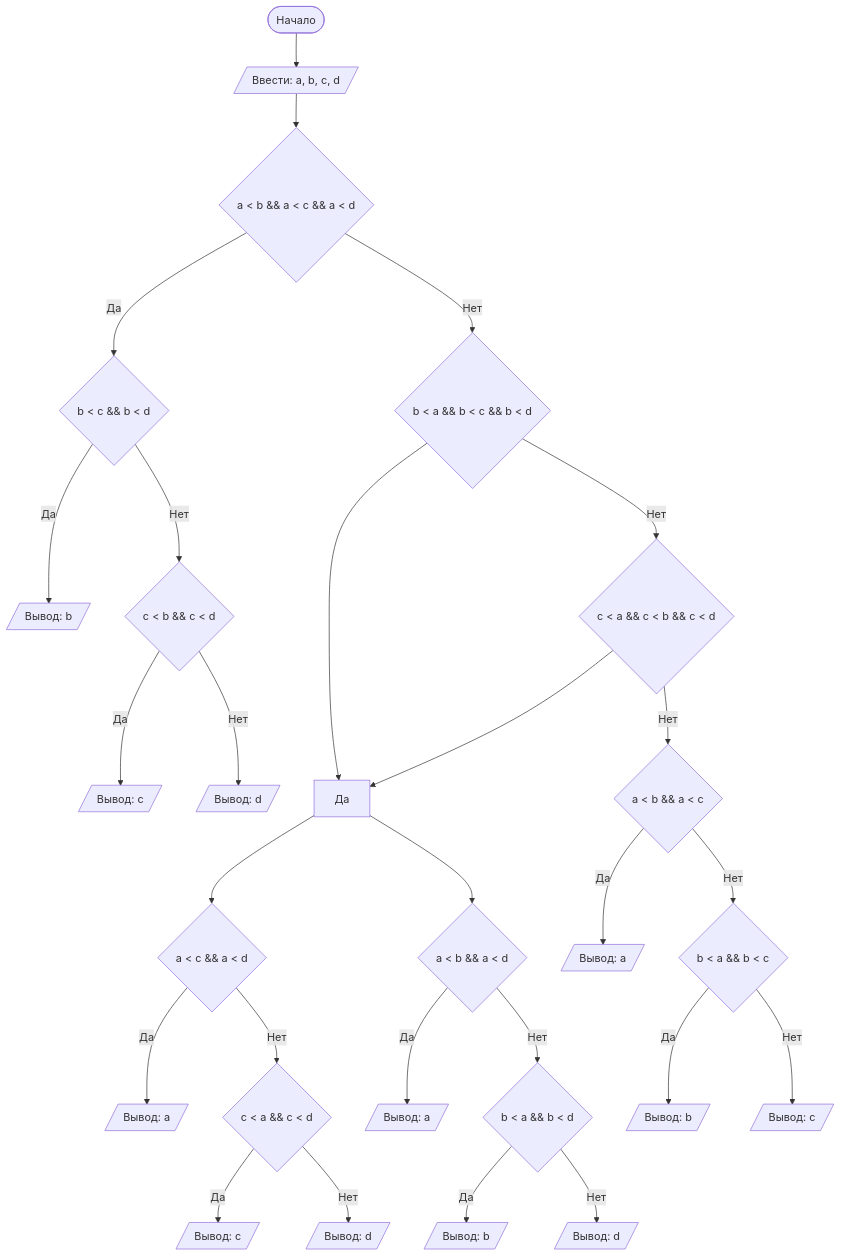
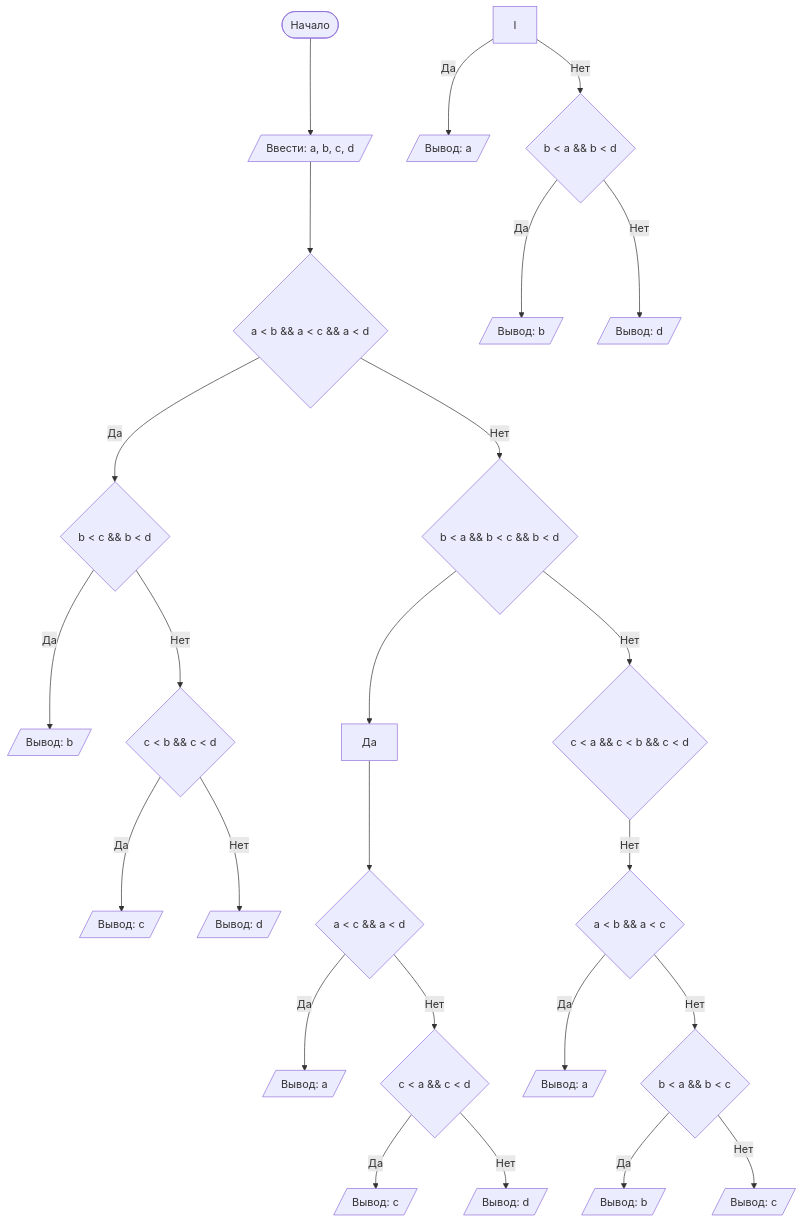
One commit to 3214Hoh/LabExample changed the diagram in README.md. Above: the diagram before and after it, drawn with Mermaid.

````diff
--- a/README.md
+++ b/README.md
@@ -71,27 +71,27 @@
 ```mermaid
 graph TD
   A([Начало]) --> B[/Ввести: a, b, c, d/]
   B --> C{a < b && a < c && a < d}
   C -- Да --> D{b < c && b < d}
   D --  Да --> D1[/Вывод: b/]
   D -- Нет --> E{c < b && c < d}
   E --  Да --> E1[/Вывод: c/]
   E --  Нет --> E2[/Вывод: d/]
   C -- Нет --> R{b < a && b < c && b < d}
   R --> Да --> T{a < c && a < d}
   T --  Да --> T1[/Вывод: a/]
   T -- Нет --> Y{c < a && c < d}
   Y --  Да --> Y1[/Вывод: c/]
   Y --  Нет --> Y2[/Вывод: d/]
   R -- Нет --> U{c < a && c < b && c < d}
-  U --> Да --> I{a < b && a < d}
+  
   I --  Да --> I1[/Вывод: a/]
   I -- Нет --> O{b < a && b < d}
   O --  Да --> O1[/Вывод: b/]
   O --  Нет --> O2[/Вывод: d/]
   U -- Нет --> P{a < b && a < c}
   P --  Да --> P1[/Вывод: a/]
   P -- Нет --> S{b < a && b < c}
   S --  Да --> S1[/Вывод: b/]
   S --  Нет --> S2[/Вывод: c/]
 ```
````
